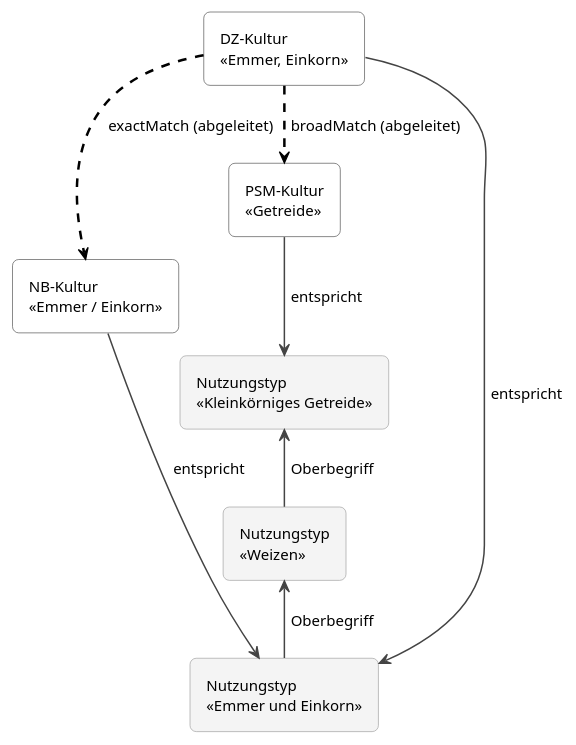
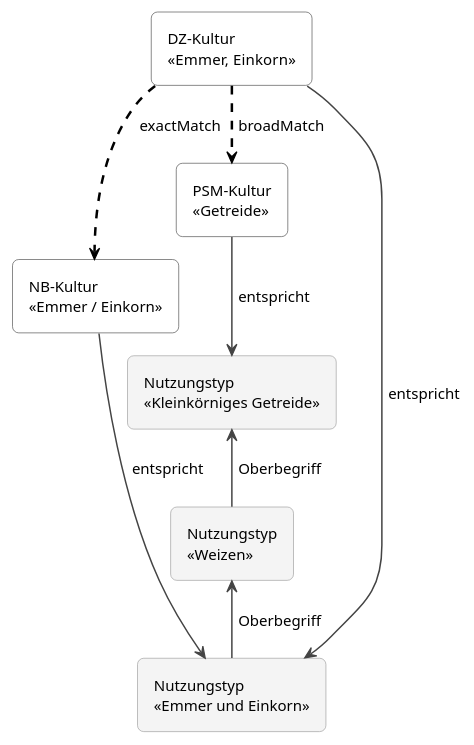
Before and after one commit to blw-ofag-ufag/eCH-0265: the diagram in docs/de/assets/puml/mapping_derivation.puml, drawn with PlantUML.

Commit message:
Remove label 'abgeleitet'

```diff
--- a/docs/de/assets/puml/mapping_derivation.puml
+++ b/docs/de/assets/puml/mapping_derivation.puml
@@ -3,29 +3,29 @@
 @startuml
 !pragma layout smetana
 skinparam shadowing false
 skinparam roundCorner 10
 skinparam defaultFontSize 12
 skinparam Padding 3
 skinparam ArrowColor #444444
 skinparam ArrowThickness 1.2
 skinparam rectangleBorderColor #444444
 skinparam rectangleBackgroundColor #FFFFFF
 skinparam rectangleBorderColor<<nt>> #999999
 skinparam rectangleBackgroundColor<<nt>> #F4F4F4
 hide stereotype
 
 rectangle "DZ-Kultur\n«Emmer, Einkorn»" as dz
 rectangle "NB-Kultur\n«Emmer / Einkorn»" as nb
 rectangle "PSM-Kultur\n«Getreide»" as psm
 rectangle "Nutzungstyp\n«Emmer und Einkorn»" <<nt>> as nt1
 rectangle "Nutzungstyp\n«Weizen»" <<nt>> as nt2
 rectangle "Nutzungstyp\n«Kleinkörniges Getreide»" <<nt>> as nt3
 
-dz -[#000000,dashed,thickness=2]-> nb : exactMatch (abgeleitet)
-dz -[#000000,dashed,thickness=2]-> psm : broadMatch (abgeleitet)
+dz -[#000000,dashed,thickness=2]-> nb : exactMatch
+dz -[#000000,dashed,thickness=2]-> psm : broadMatch
 nt1 -up-> nt2 : Oberbegriff
 nt2 -up-> nt3 : Oberbegriff
 dz --> nt1 : entspricht
 nb --> nt1 : entspricht
 psm --> nt3 : entspricht
 @enduml
```
